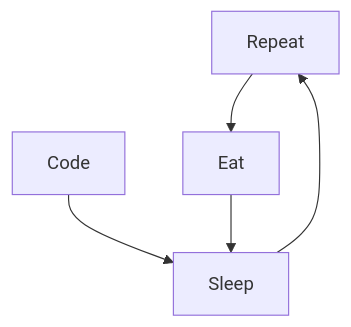
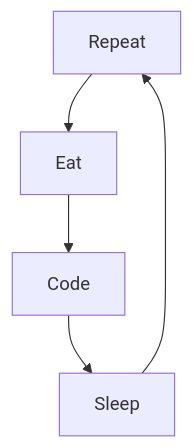
One commit to AwesomeMarley/AwesomeMarley changed the diagram in Readme.md. Above: the diagram before and after it, drawn with Mermaid.

````diff
--- a/Readme.md
+++ b/Readme.md
@@ -5,7 +5,7 @@
 ```mermaid
 graph TD;
     Repeat-->Eat;
     Code-->Sleep;
-    Eat-->Sleep;
+    Eat-->Code;
     Sleep-->Repeat;
 ```
````
